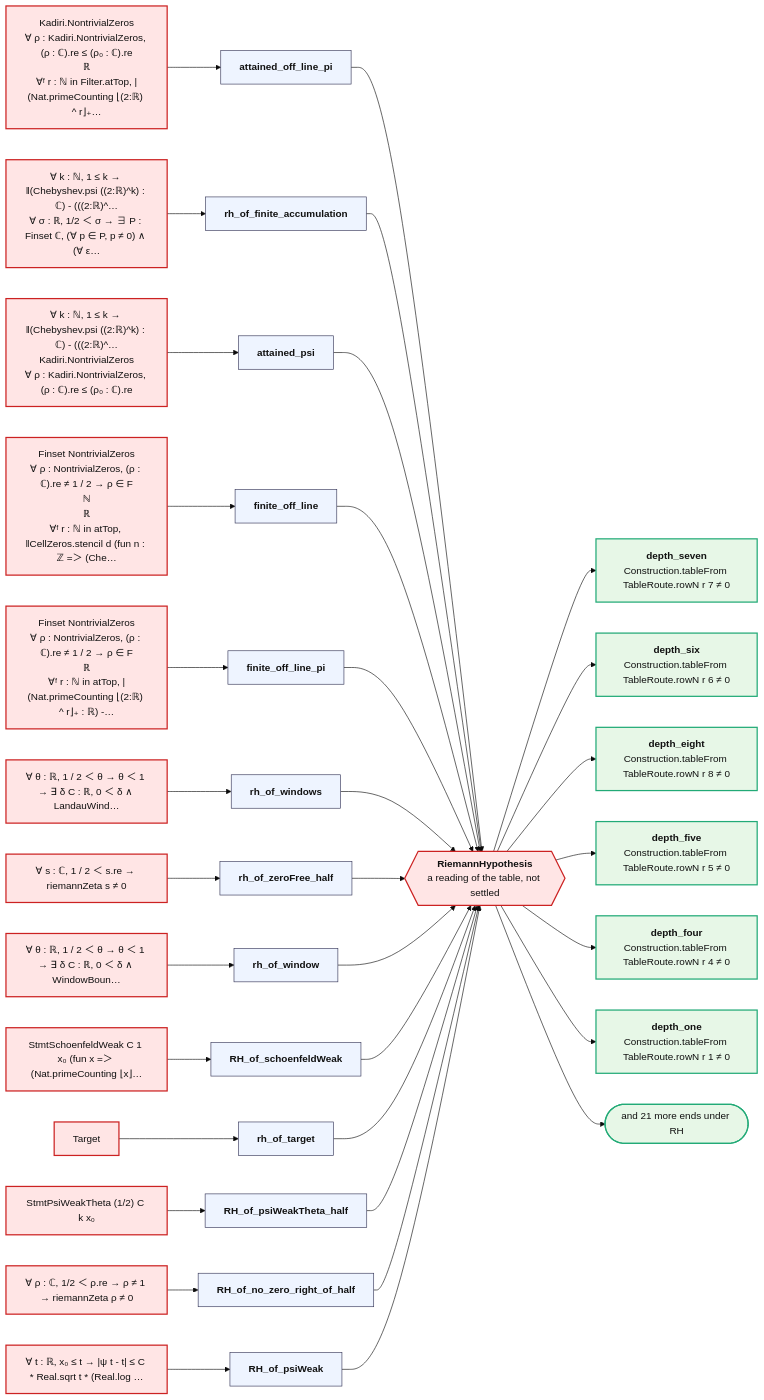
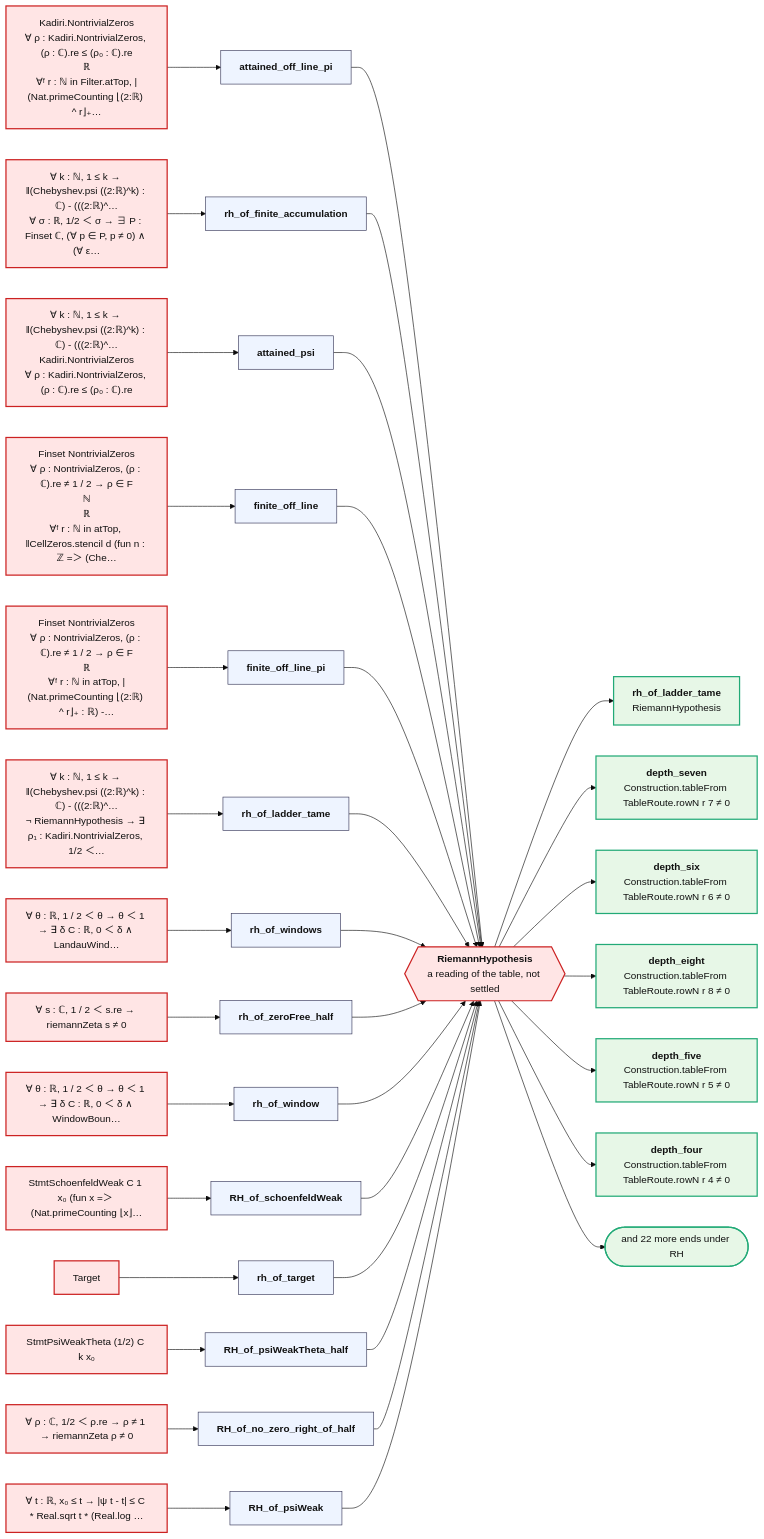
The second of 5 diagrams in map/README.md (juliansambranojr/Primebeat_081426), drawn with Mermaid (base theme) before and after one commit. The commit also changed other lines of this file and 33 other files, not shown here.

First line of the commit message:
Units 0508 and 0509: the residue route and the ladder assembly

````diff
--- a/map/README.md
+++ b/map/README.md
@@ -103,65 +103,68 @@
 ```mermaid
 flowchart LR
   rh{{"<b>RiemannHypothesis</b><br/>a reading of the table, not settled"}}:::bad
   p0["Kadiri.NontrivialZeros<br/>∀ ρ : Kadiri.NontrivialZeros, (ρ : ℂ).re ≤ (ρ₀ : ℂ).re<br/>ℝ<br/>∀ᶠ r : ℕ in Filter.atTop, |(Nat.primeCounting ⌊(2:ℝ) ^ r⌋₊…"]:::bad
   t0["<b>attained_off_line_pi</b>"]:::thm
   p0 --> t0 --> rh
   p1["∀ k : ℕ, 1 ≤ k → ‖(Chebyshev.psi ((2:ℝ)^k) : ℂ) - (((2:ℝ)^…<br/>∀ σ : ℝ, 1/2 ＜ σ → ∃ P : Finset ℂ, (∀ p ∈ P, p ≠ 0) ∧ (∀ ε…"]:::bad
   t1["<b>rh_of_finite_accumulation</b>"]:::thm
   p1 --> t1 --> rh
   p2["∀ k : ℕ, 1 ≤ k → ‖(Chebyshev.psi ((2:ℝ)^k) : ℂ) - (((2:ℝ)^…<br/>Kadiri.NontrivialZeros<br/>∀ ρ : Kadiri.NontrivialZeros, (ρ : ℂ).re ≤ (ρ₀ : ℂ).re"]:::bad
   t2["<b>attained_psi</b>"]:::thm
   p2 --> t2 --> rh
   p3["Finset NontrivialZeros<br/>∀ ρ : NontrivialZeros, (ρ : ℂ).re ≠ 1 / 2 → ρ ∈ F<br/>ℕ<br/>ℝ<br/>∀ᶠ r : ℕ in atTop, ‖CellZeros.stencil d (fun n : ℤ =＞ (Che…"]:::bad
   t3["<b>finite_off_line</b>"]:::thm
   p3 --> t3 --> rh
   p4["Finset NontrivialZeros<br/>∀ ρ : NontrivialZeros, (ρ : ℂ).re ≠ 1 / 2 → ρ ∈ F<br/>ℝ<br/>∀ᶠ r : ℕ in atTop, |(Nat.primeCounting ⌊(2:ℝ) ^ r⌋₊ : ℝ) -…"]:::bad
   t4["<b>finite_off_line_pi</b>"]:::thm
   p4 --> t4 --> rh
-  p5["∀ θ : ℝ, 1 / 2 ＜ θ → θ ＜ 1 → ∃ δ C : ℝ, 0 ＜ δ ∧ LandauWind…"]:::bad
-  t5["<b>rh_of_windows</b>"]:::thm
+  p5["∀ k : ℕ, 1 ≤ k → ‖(Chebyshev.psi ((2:ℝ)^k) : ℂ) - (((2:ℝ)^…<br/>¬ RiemannHypothesis → ∃ ρ₁ : Kadiri.NontrivialZeros, 1/2 ＜…"]:::bad
+  t5["<b>rh_of_ladder_tame</b>"]:::thm
   p5 --> t5 --> rh
-  p6["∀ s : ℂ, 1 / 2 ＜ s.re → riemannZeta s ≠ 0"]:::bad
-  t6["<b>rh_of_zeroFree_half</b>"]:::thm
+  p6["∀ θ : ℝ, 1 / 2 ＜ θ → θ ＜ 1 → ∃ δ C : ℝ, 0 ＜ δ ∧ LandauWind…"]:::bad
+  t6["<b>rh_of_windows</b>"]:::thm
   p6 --> t6 --> rh
-  p7["∀ θ : ℝ, 1 / 2 ＜ θ → θ ＜ 1 → ∃ δ C : ℝ, 0 ＜ δ ∧ WindowBoun…"]:::bad
-  t7["<b>rh_of_window</b>"]:::thm
+  p7["∀ s : ℂ, 1 / 2 ＜ s.re → riemannZeta s ≠ 0"]:::bad
+  t7["<b>rh_of_zeroFree_half</b>"]:::thm
   p7 --> t7 --> rh
-  p8["StmtSchoenfeldWeak C 1 x₀ (fun x =＞ (Nat.primeCounting ⌊x⌋…"]:::bad
-  t8["<b>RH_of_schoenfeldWeak</b>"]:::thm
+  p8["∀ θ : ℝ, 1 / 2 ＜ θ → θ ＜ 1 → ∃ δ C : ℝ, 0 ＜ δ ∧ WindowBoun…"]:::bad
+  t8["<b>rh_of_window</b>"]:::thm
   p8 --> t8 --> rh
-  p9["Target"]:::bad
-  t9["<b>rh_of_target</b>"]:::thm
+  p9["StmtSchoenfeldWeak C 1 x₀ (fun x =＞ (Nat.primeCounting ⌊x⌋…"]:::bad
+  t9["<b>RH_of_schoenfeldWeak</b>"]:::thm
   p9 --> t9 --> rh
-  p10["StmtPsiWeakTheta (1/2) C k x₀"]:::bad
-  t10["<b>RH_of_psiWeakTheta_half</b>"]:::thm
+  p10["Target"]:::bad
+  t10["<b>rh_of_target</b>"]:::thm
   p10 --> t10 --> rh
-  p11["∀ ρ : ℂ, 1/2 ＜ ρ.re → ρ ≠ 1 → riemannZeta ρ ≠ 0"]:::bad
-  t11["<b>RH_of_no_zero_right_of_half</b>"]:::thm
+  p11["StmtPsiWeakTheta (1/2) C k x₀"]:::bad
+  t11["<b>RH_of_psiWeakTheta_half</b>"]:::thm
   p11 --> t11 --> rh
-  p12["∀ t : ℝ, x₀ ≤ t → |ψ t - t| ≤ C * Real.sqrt t * (Real.log …"]:::bad
-  t12["<b>RH_of_psiWeak</b>"]:::thm
+  p12["∀ ρ : ℂ, 1/2 ＜ ρ.re → ρ ≠ 1 → riemannZeta ρ ≠ 0"]:::bad
+  t12["<b>RH_of_no_zero_right_of_half</b>"]:::thm
   p12 --> t12 --> rh
-  e0["<b>depth_seven</b><br/>Construction.tableFrom TableRoute.rowN r 7 ≠ 0"]:::end_
+  p13["∀ t : ℝ, x₀ ≤ t → |ψ t - t| ≤ C * Real.sqrt t * (Real.log …"]:::bad
+  t13["<b>RH_of_psiWeak</b>"]:::thm
+  p13 --> t13 --> rh
+  e0["<b>rh_of_ladder_tame</b><br/>RiemannHypothesis"]:::end_
   rh --> e0
-  e1["<b>depth_six</b><br/>Construction.tableFrom TableRoute.rowN r 6 ≠ 0"]:::end_
+  e1["<b>depth_seven</b><br/>Construction.tableFrom TableRoute.rowN r 7 ≠ 0"]:::end_
   rh --> e1
-  e2["<b>depth_eight</b><br/>Construction.tableFrom TableRoute.rowN r 8 ≠ 0"]:::end_
+  e2["<b>depth_six</b><br/>Construction.tableFrom TableRoute.rowN r 6 ≠ 0"]:::end_
   rh --> e2
-  e3["<b>depth_five</b><br/>Construction.tableFrom TableRoute.rowN r 5 ≠ 0"]:::end_
+  e3["<b>depth_eight</b><br/>Construction.tableFrom TableRoute.rowN r 8 ≠ 0"]:::end_
   rh --> e3
-  e4["<b>depth_four</b><br/>Construction.tableFrom TableRoute.rowN r 4 ≠ 0"]:::end_
+  e4["<b>depth_five</b><br/>Construction.tableFrom TableRoute.rowN r 5 ≠ 0"]:::end_
   rh --> e4
-  e5["<b>depth_one</b><br/>Construction.tableFrom TableRoute.rowN r 1 ≠ 0"]:::end_
+  e5["<b>depth_four</b><br/>Construction.tableFrom TableRoute.rowN r 4 ≠ 0"]:::end_
   rh --> e5
-  more(["and 21 more ends under RH"]):::end_
+  more(["and 22 more ends under RH"]):::end_
   rh --> more
   classDef cnt fill:#dff5ec,stroke:#17694a,color:#111
   classDef shp fill:#f1ecfb,stroke:#5b3fa0,color:#111
   classDef rh fill:#ffe5e5,stroke:#c22,color:#111,stroke-width:2px
   classDef thm fill:#eef4ff,stroke:#335,color:#111
   classDef end_ fill:#e7f7e7,stroke:#2a7,color:#111,stroke-width:2px
   classDef lone fill:#fff,stroke:#999,color:#111,stroke-dasharray:4 3
   classDef bad fill:#ffe5e5,stroke:#c22,color:#111,stroke-width:2px
   classDef ext fill:#fff8e1,stroke:#b80,color:#111
 ```
````
